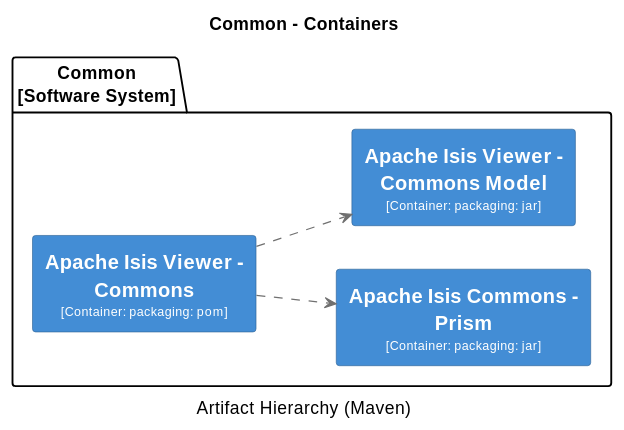
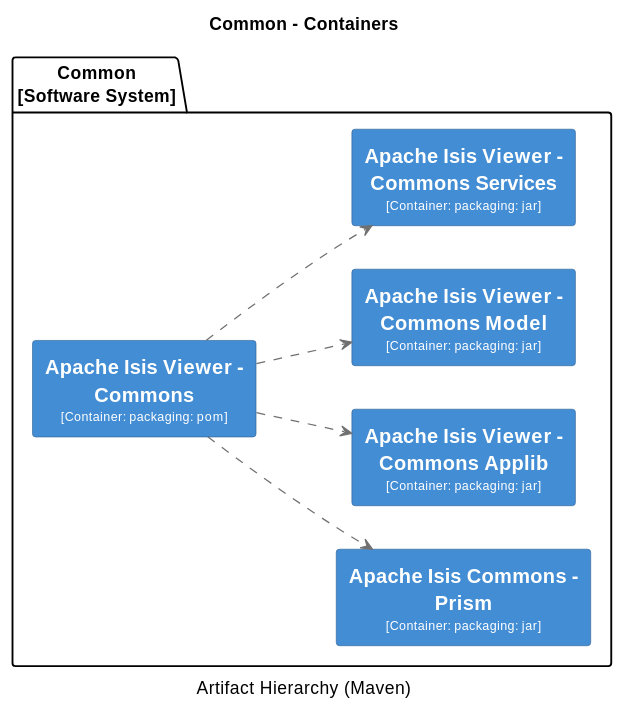
Diagram 15 of 32 in core/adoc/modules/_overview/pages/about.adoc (apache/causeway), drawn with PlantUML before and after one commit. The commit also changed other lines of this file and 17 other files, not shown here.

```diff
--- a/core/adoc/modules/_overview/pages/about.adoc
+++ b/core/adoc/modules/_overview/pages/about.adoc
@@ -2674,39 +2673,53 @@
 [plantuml,Common,svg]
 ----
 @startuml(id=Common)
 title Common - Containers
 caption Artifact Hierarchy (Maven)
 
 skinparam {
   shadowing false
   arrowFontSize 10
   defaultTextAlignment center
   wrapWidth 200
   maxMessageSize 100
 }
 hide stereotype
 left to right direction
 skinparam rectangle<<2>> {
   BackgroundColor #438dd5
   FontColor #fffffe
   BorderColor #2E6295
 }
 skinparam rectangle<<3>> {
   BackgroundColor #438dd5
   FontColor #fffffe
   BorderColor #2E6295
 }
 skinparam rectangle<<4>> {
   BackgroundColor #438dd5
   FontColor #fffffe
   BorderColor #2E6295
 }
+skinparam rectangle<<5>> {
+  BackgroundColor #438dd5
+  FontColor #fffffe
+  BorderColor #2E6295
+}
+skinparam rectangle<<6>> {
+  BackgroundColor #438dd5
+  FontColor #fffffe
+  BorderColor #2E6295
+}
 package "Common\n[Software System]" {
-  rectangle "==Apache Isis Commons - Prism\n<size:10>[Container: packaging: jar]</size>" <<4>> as 4
+  rectangle "==Apache Isis Commons - Prism\n<size:10>[Container: packaging: jar]</size>" <<5>> as 5
   rectangle "==Apache Isis Viewer - Commons\n<size:10>[Container: packaging: pom]</size>" <<2>> as 2
-  rectangle "==Apache Isis Viewer - Commons Model\n<size:10>[Container: packaging: jar]</size>" <<3>> as 3
+  rectangle "==Apache Isis Viewer - Commons Applib\n<size:10>[Container: packaging: jar]</size>" <<3>> as 3
+  rectangle "==Apache Isis Viewer - Commons Model\n<size:10>[Container: packaging: jar]</size>" <<4>> as 4
+  rectangle "==Apache Isis Viewer - Commons Services\n<size:10>[Container: packaging: jar]</size>" <<6>> as 6
 }
+2 .[#707070].> 5 : ""
+2 .[#707070].> 3 : ""
 2 .[#707070].> 4 : ""
-2 .[#707070].> 3 : ""
+2 .[#707070].> 6 : ""
 @enduml
 ----
```
